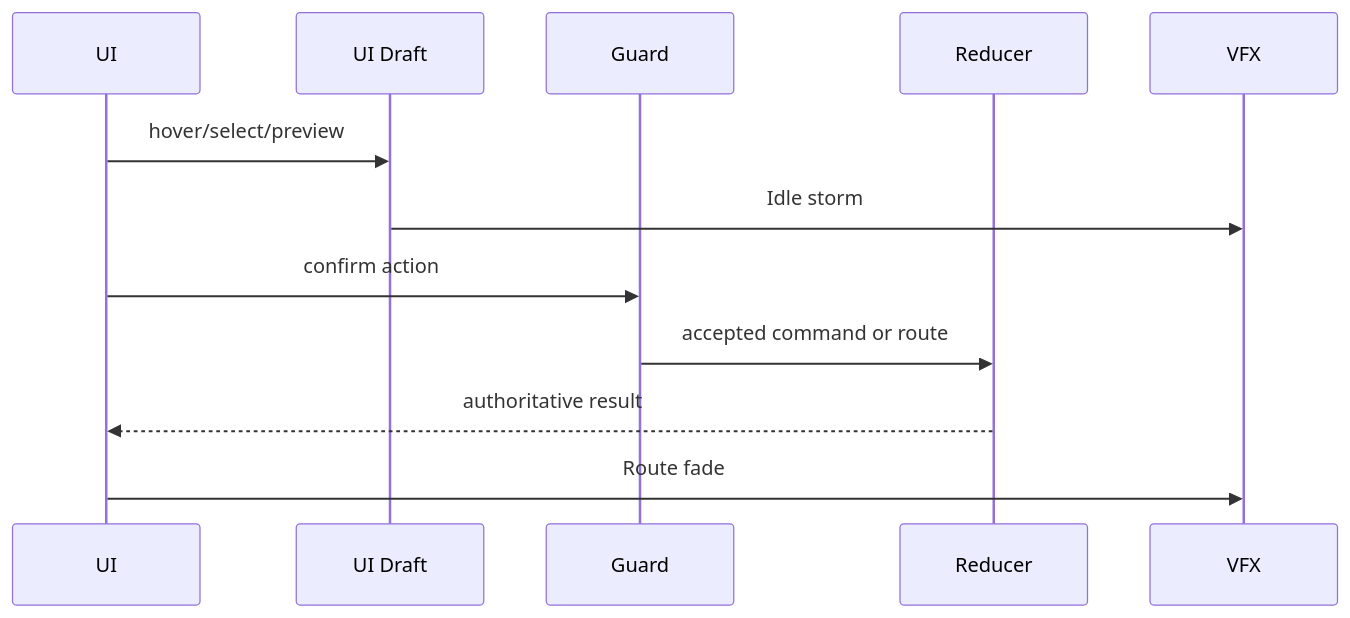
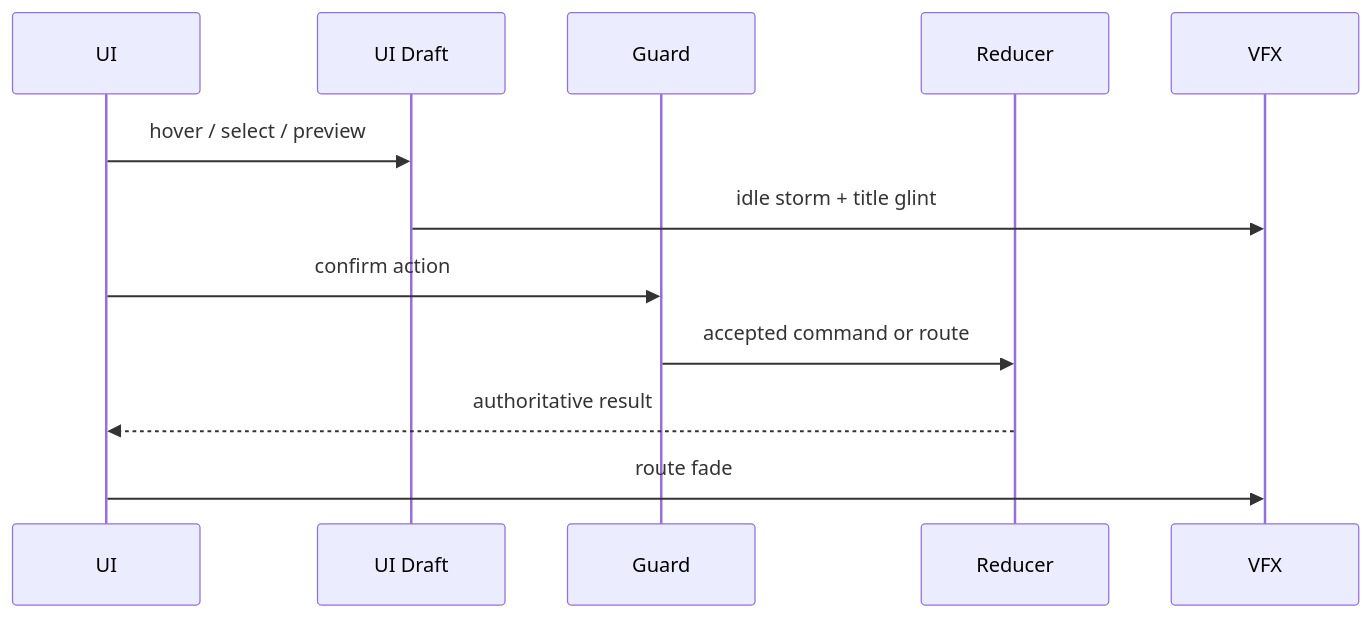
Before and after one commit to SunaNoOshiro/Heroes_Reforged_AI_Realms: the fourth of 5 diagrams in docs/architecture/wiki/screens/01-main-menu/architecture.md, drawn with Mermaid. The commit also changed other lines of this file and 518 other files, not shown here.

First line of the commit message:
Add doc-audit skill and sweep architecture/screen docs

````diff
--- a/docs/architecture/wiki/screens/01-main-menu/architecture.md
+++ b/docs/architecture/wiki/screens/01-main-menu/architecture.md
@@ -52,14 +57,14 @@
 ```mermaid
 sequenceDiagram
   participant UI
   participant Draft as UI Draft
   participant Guard
   participant Reducer
   participant VFX
-  UI->>Draft: hover/select/preview
-  Draft->>VFX: Idle storm
+  UI->>Draft: hover / select / preview
+  Draft->>VFX: idle storm + title glint
   UI->>Guard: confirm action
   Guard->>Reducer: accepted command or route
   Reducer-->>UI: authoritative result
-  UI->>VFX: Route fade
+  UI->>VFX: route fade
 ```
````
